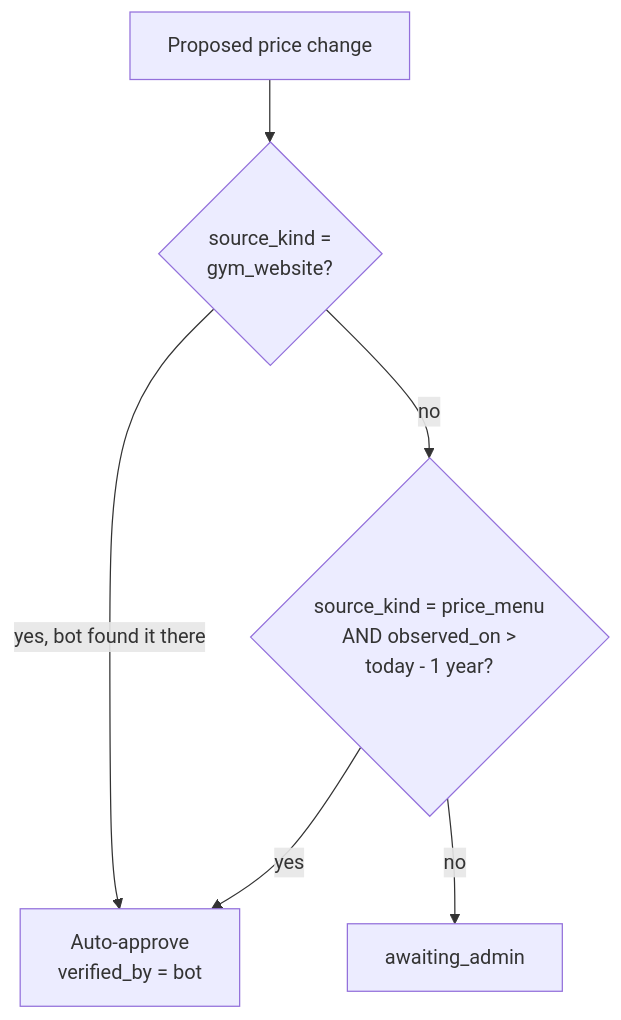
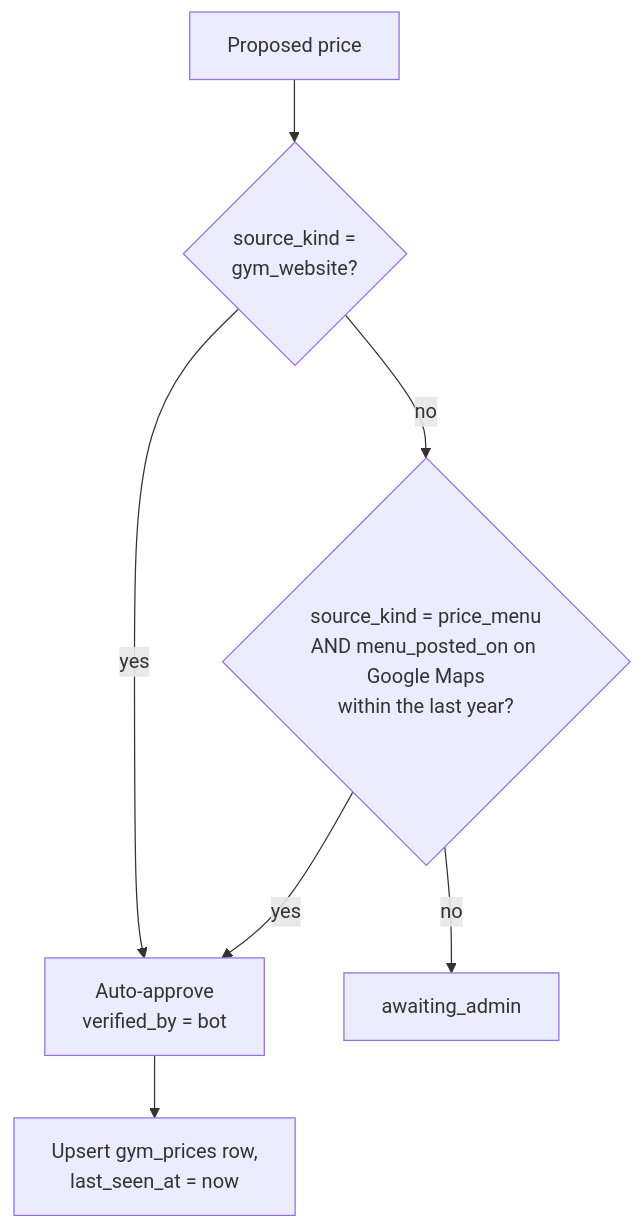
Before and after one commit to AbsentLung/TravelApp: the fifth of 8 diagrams in STACK_AND_SCHEMA.md, drawn with Mermaid. The commit also changed other lines of this file, not shown here.

First line of the commit message:
Record Joey's stack/schema decisions; answer Kafka/RabbitMQ, R-tree, map questions; compare with vibe-coded schema

````diff
--- a/STACK_AND_SCHEMA.md
+++ b/STACK_AND_SCHEMA.md
@@ -366,8 +379,9 @@
 ```mermaid
 flowchart TD
-    C[Proposed price change] --> W{source_kind =<br/>gym_website?}
-    W -->|yes, bot found it there| A[Auto-approve<br/>verified_by = bot]
-    W -->|no| M{source_kind = price_menu<br/>AND observed_on &gt;<br/>today - 1 year?}
+    C[Proposed price] --> W{source_kind =<br/>gym_website?}
+    W -->|yes| A[Auto-approve<br/>verified_by = bot]
+    W -->|no| M{source_kind = price_menu<br/>AND menu_posted_on on Google Maps<br/>within the last year?}
     M -->|yes| A
     M -->|no| AD[awaiting_admin]
+    A --> U[Upsert gym_prices row,<br/>last_seen_at = now]
 ```
````
